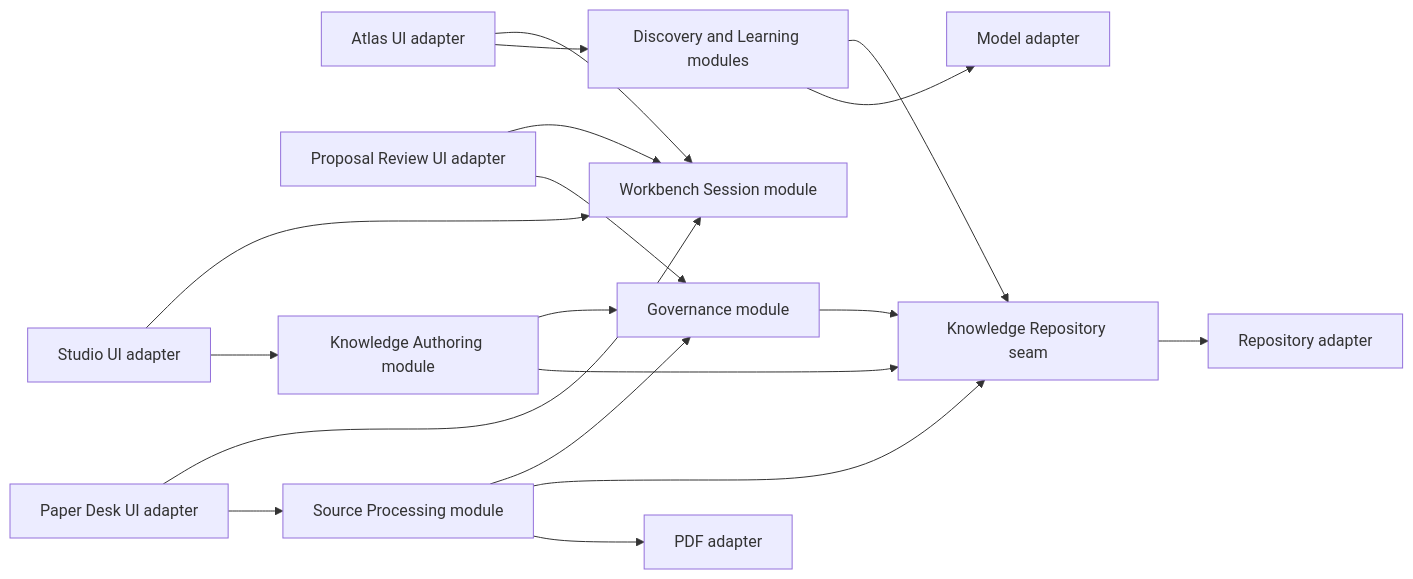
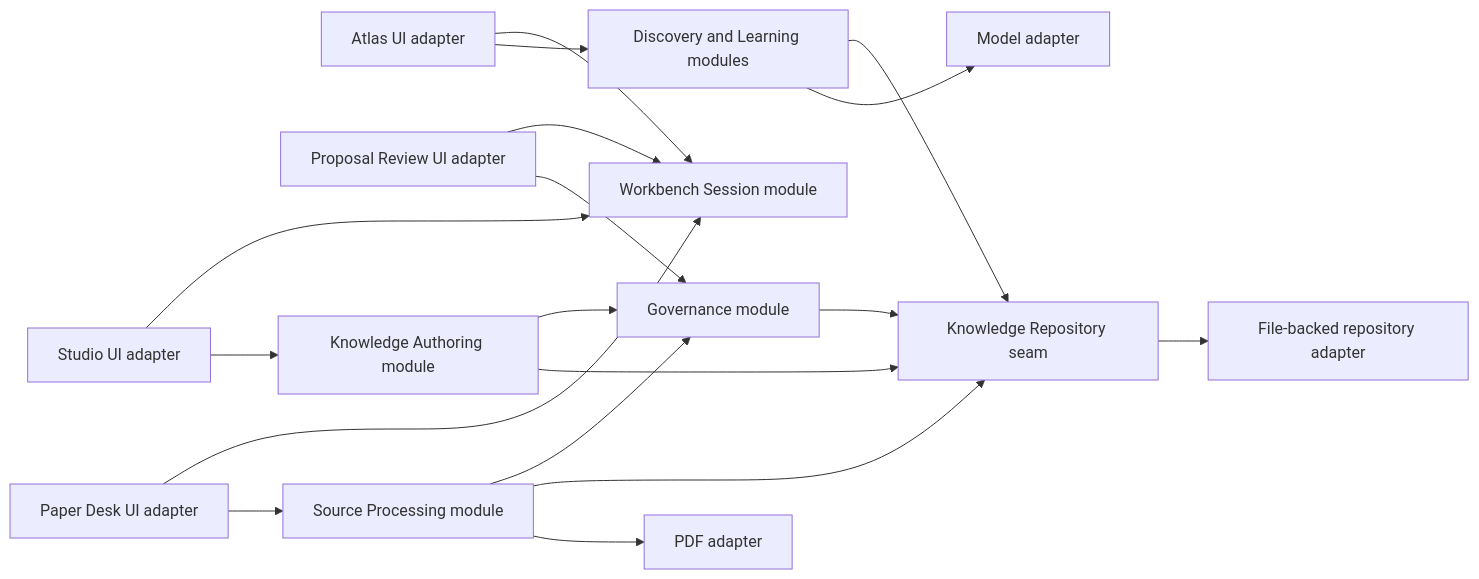
Before and after one commit to tacomancy/galaxy-brain: the first of 2 diagrams in app/docs/architecture/v1-ui/architecture.md, drawn with Mermaid. The commit also changed other lines of this file and 76 other files, not shown here.

````diff
--- a/app/docs/architecture/v1-ui/architecture.md
+++ b/app/docs/architecture/v1-ui/architecture.md
@@ -9,28 +9,28 @@
 ```mermaid
 flowchart LR
   A[Atlas UI adapter]
   S[Studio UI adapter]
   P[Paper Desk UI adapter]
   R[Proposal Review UI adapter]
 
   A --> W[Workbench Session module]
   S --> W
   P --> W
   R --> W
 
   A --> D[Discovery and Learning modules]
   S --> K[Knowledge Authoring module]
   P --> C[Source Processing module]
   R --> G[Governance module]
 
   K --> G
   C --> G
   D --> Q[Knowledge Repository seam]
   K --> Q
   C --> Q
   G --> Q
 
-  Q --> F[Repository adapter]
+  Q --> F[File-backed repository adapter]
   C --> PDF[PDF adapter]
   D --> M[Model adapter]
 ```
````
